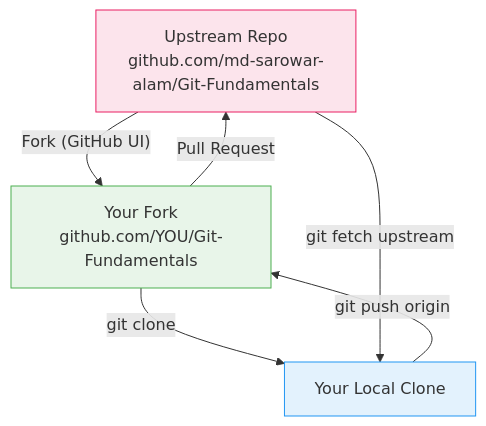
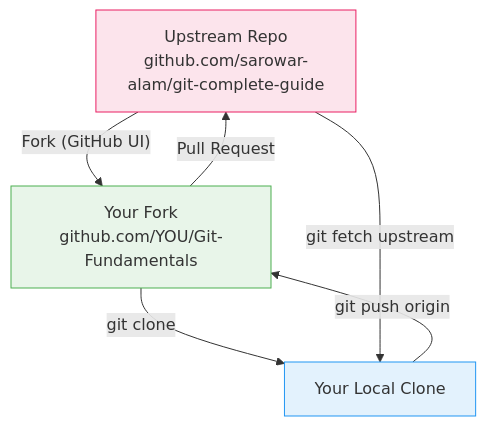
Before and after one commit to sarowar-alam/git-complete-guide: the diagram in labs/lab-05-pull-requests/README.md, drawn with Mermaid. The commit also changed other lines of this file and 2 other files, not shown here.

Commit message:
fix: update GitHub username from md-sarowar-alam to sarowar-alam across all files

````diff
--- a/labs/lab-05-pull-requests/README.md
+++ b/labs/lab-05-pull-requests/README.md
@@ -11,16 +11,16 @@
 ```mermaid
 graph TD
-    UP["Upstream Repo\ngithub.com/md-sarowar-alam/Git-Fundamentals"]
+    UP["Upstream Repo\ngithub.com/sarowar-alam/git-complete-guide"]
     FORK["Your Fork\ngithub.com/YOU/Git-Fundamentals"]
     LOCAL["Your Local Clone"]
 
     UP -->|"Fork (GitHub UI)"| FORK
     FORK -->|"git clone"| LOCAL
     LOCAL -->|"git push origin"| FORK
     FORK -->|"Pull Request"| UP
     UP -->|"git fetch upstream"| LOCAL
 
     style UP fill:#fce4ec,stroke:#E91E63
     style FORK fill:#e8f5e9,stroke:#4CAF50
     style LOCAL fill:#e3f2fd,stroke:#2196F3
 ```
````
